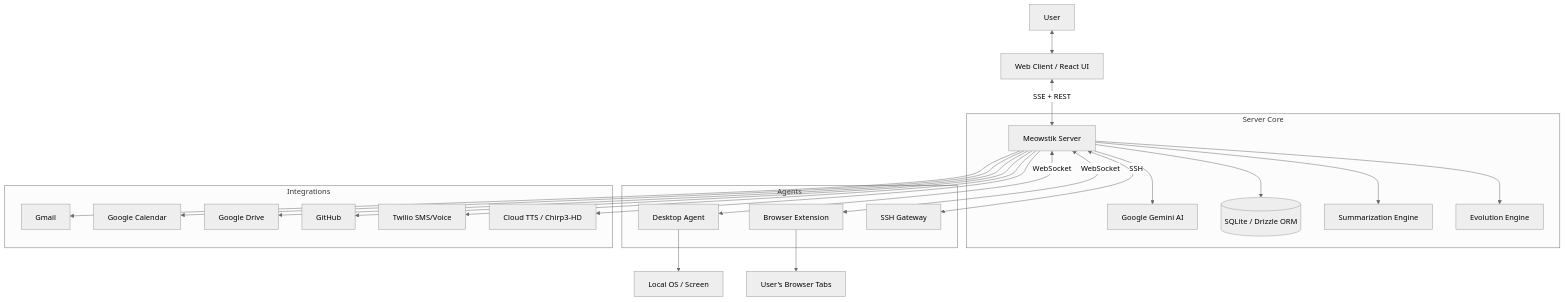
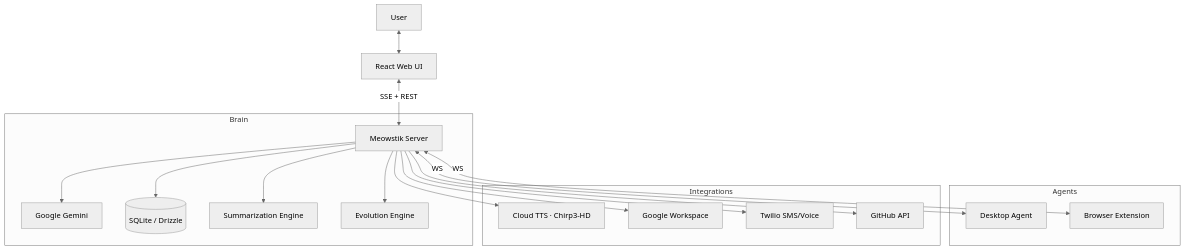
One commit to jasonbender-c3x/Meowstik changed the diagram in docs/README.md. Above: the diagram before and after it, drawn with Mermaid (neutral theme). The commit also changed other lines of this file and 181 other files, not shown here.

````diff
--- a/docs/README.md
+++ b/docs/README.md
@@ -29,30 +47,24 @@
 ```mermaid
 graph TD
-    User[User] <--> Client[Web Client / React UI]
+    User[User] <--> Client[React Web UI]
     Client <-->|SSE + REST| Server[Meowstik Server]
 
-    subgraph "Server Core"
-        Server --> Gemini[Google Gemini AI]
-        Server --> DB[(SQLite / Drizzle ORM)]
-        Server --> Summarizer[Summarization Engine]
-        Server --> Evolution[Evolution Engine]
+    subgraph Brain
+        Server --> Gemini[Google Gemini]
+        Server --> DB[(SQLite / Drizzle)]
+        Server --> SE[Summarization Engine]
+        Server --> EE[Evolution Engine]
     end
 
-    subgraph "Agents"
-        Server <-->|WebSocket| Desktop[Desktop Agent]
-        Server <-->|WebSocket| Extension[Browser Extension]
-        Server <-->|SSH| Remote[SSH Gateway]
+    subgraph Agents
+        Server <-->|WS| Desktop[Desktop Agent]
+        Server <-->|WS| Ext[Browser Extension]
     end
 
-    subgraph "Integrations"
-        Server --> Gmail[Gmail]
-        Server --> GCal[Google Calendar]
-        Server --> GDrive[Google Drive]
-        Server --> GitHub[GitHub]
+    subgraph Integrations
+        Server --> TTS[Cloud TTS · Chirp3-HD]
+        Server --> Google[Google Workspace]
         Server --> Twilio[Twilio SMS/Voice]
-        Server --> TTS[Cloud TTS / Chirp3-HD]
+        Server --> GitHub[GitHub API]
     end
-
-    Desktop --> LocalOS[Local OS / Screen]
-    Extension --> Browser[User's Browser Tabs]
 ```
````
